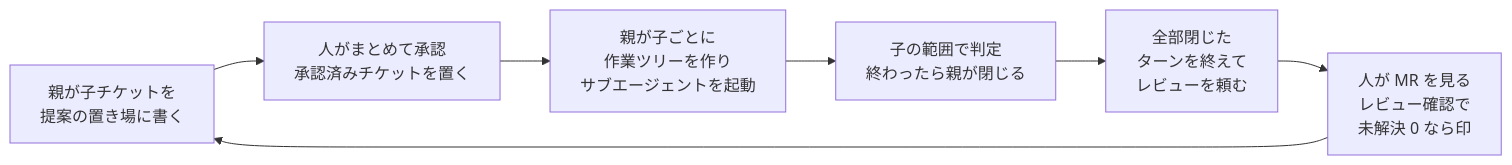
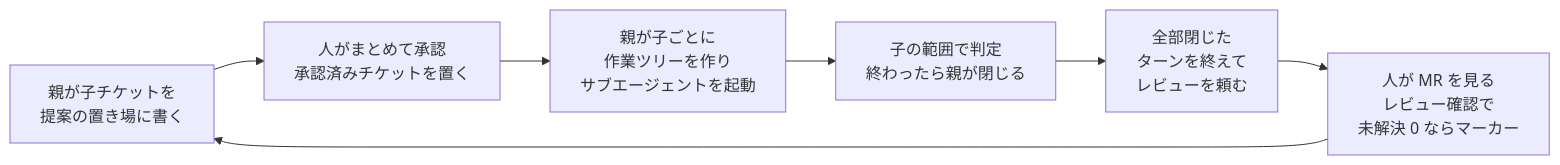
One commit to yuki-matsu783/ccnavi changed the fourth of 4 diagrams in requirements.md. Above: the diagram before and after it, drawn with Mermaid. The commit also changed other lines of this file and 55 other files, not shown here.

````diff
--- a/requirements.md
+++ b/requirements.md
@@ -602,9 +602,9 @@
 ```mermaid
 flowchart LR
   A[親が子チケットを<br/>提案の置き場に書く] --> B[人がまとめて承認<br/>承認済みチケットを置く]
   B --> C[親が子ごとに<br/>作業ツリーを作り<br/>サブエージェントを起動]
   C --> D[子の範囲で判定<br/>終わったら親が閉じる]
   D --> E[全部閉じた<br/>ターンを終えて<br/>レビューを頼む]
-  E --> F[人が MR を見る<br/>レビュー確認で<br/>未解決 0 なら印]
+  E --> F[人が MR を見る<br/>レビュー確認で<br/>未解決 0 ならマーカー]
   F --> A
 ```
````
